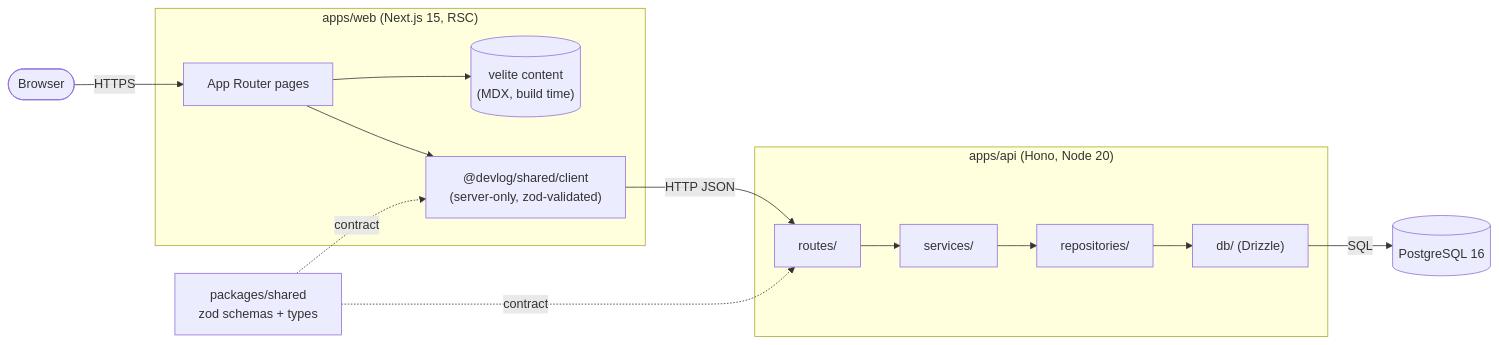
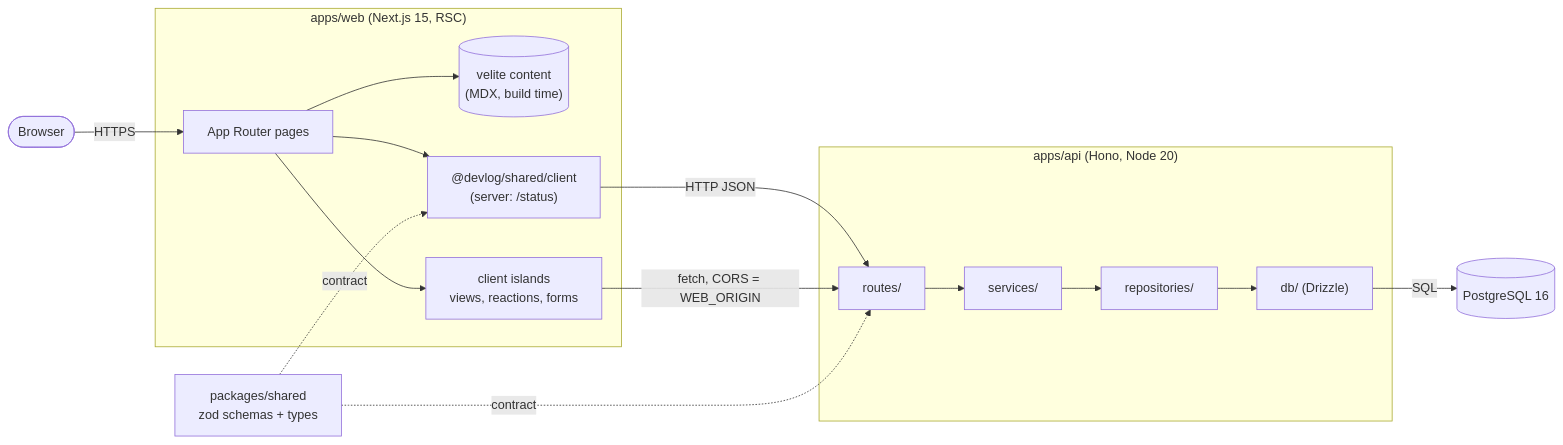
One commit to Dude775/devlog changed the first of 3 diagrams in docs/ARCHITECTURE.md. Above: the diagram before and after it, drawn with Mermaid. The commit also changed other lines of this file and 3 other files, not shown here.

````diff
--- a/docs/ARCHITECTURE.md
+++ b/docs/ARCHITECTURE.md
@@ -5,26 +5,29 @@
 ```mermaid
 flowchart LR
     user([Browser])
 
     subgraph web["apps/web (Next.js 15, RSC)"]
         pages["App Router pages"]
         velite[("velite content<br/>(MDX, build time)")]
-        client["@devlog/shared/client<br/>(server-only, zod-validated)"]
+        client["@devlog/shared/client<br/>(server: /status)"]
+        islands["client islands<br/>views, reactions, forms"]
         pages --> velite
         pages --> client
+        pages --> islands
     end
 
     subgraph api["apps/api (Hono, Node 20)"]
         routes["routes/"] --> services["services/"] --> repos["repositories/"] --> db["db/ (Drizzle)"]
     end
 
     pg[("PostgreSQL 16")]
 
     user -->|HTTPS| pages
     client -->|HTTP JSON| routes
+    islands -->|"fetch, CORS = WEB_ORIGIN"| routes
     db -->|SQL| pg
 
     shared["packages/shared<br/>zod schemas + types"]
     shared -.contract.-> client
     shared -.contract.-> routes
 ```
````
